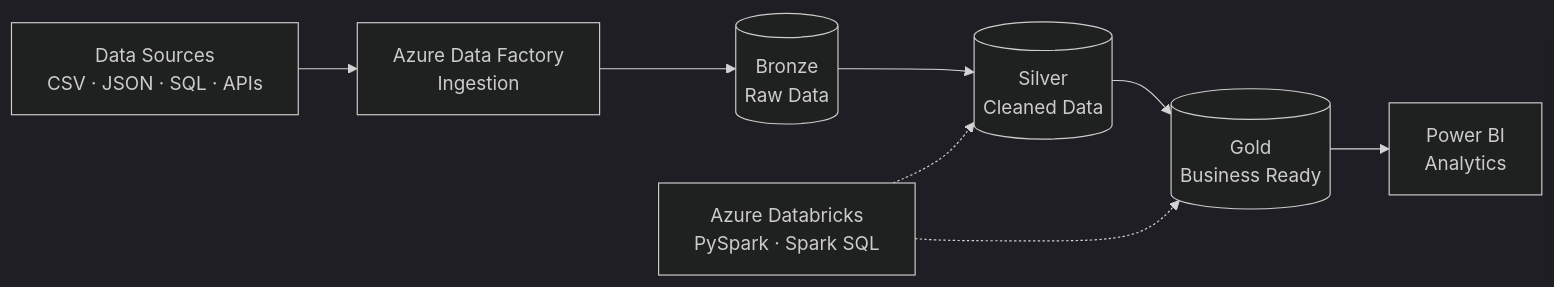
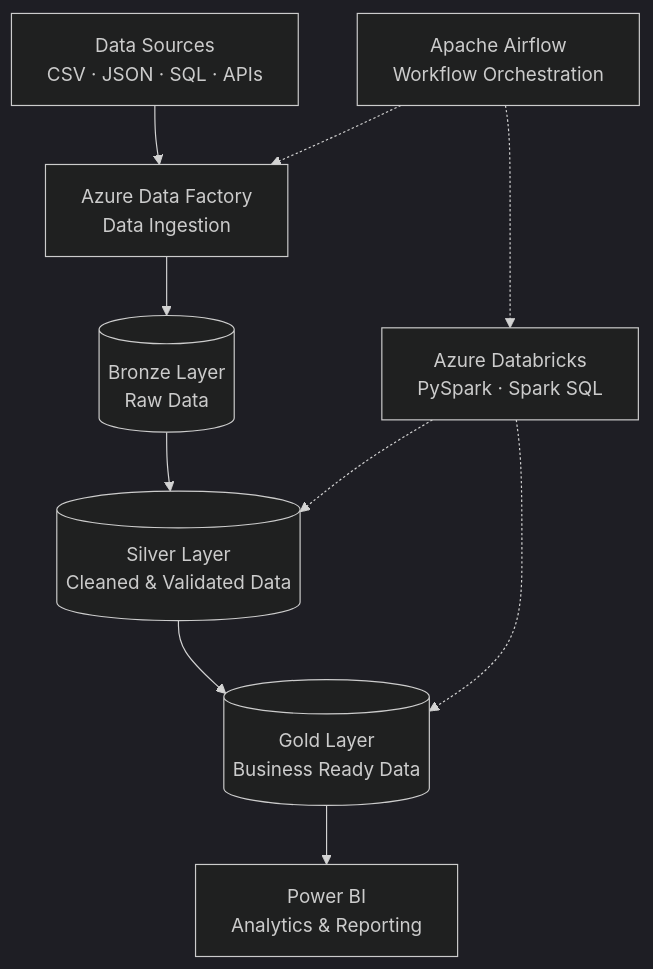
The diagram in README.md (diptarupdasgit/diptarupdasgit), drawn with Mermaid (dark theme) before and after one commit. The commit also changed other lines of this file, not shown here.

````diff
--- a/README.md
+++ b/README.md
@@ -178,14 +178,23 @@
 ```mermaid
-flowchart LR
+flowchart TD
     A["Data Sources<br/>CSV · JSON · SQL · APIs"]
-    B["Azure Data Factory<br/>Ingestion"]
-    C[("Bronze<br/>Raw Data")]
-    D[("Silver<br/>Cleaned Data")]
-    E[("Gold<br/>Business Ready")]
-    F["Power BI<br/>Analytics"]
+    B["Azure Data Factory<br/>Data Ingestion"]
+    C[("Bronze Layer<br/>Raw Data")]
+    D[("Silver Layer<br/>Cleaned & Validated Data")]
+    E[("Gold Layer<br/>Business Ready Data")]
+    F["Power BI<br/>Analytics & Reporting"]
 
-    A --> B --> C --> D --> E --> F
+    A --> B
+    B --> C
+    C --> D
+    D --> E
+    E --> F
+
     G["Azure Databricks<br/>PySpark · Spark SQL"]
     G -.-> D
     G -.-> E
+
+    H["Apache Airflow<br/>Workflow Orchestration"]
+    H -.-> B
+    H -.-> G
 ```
````
